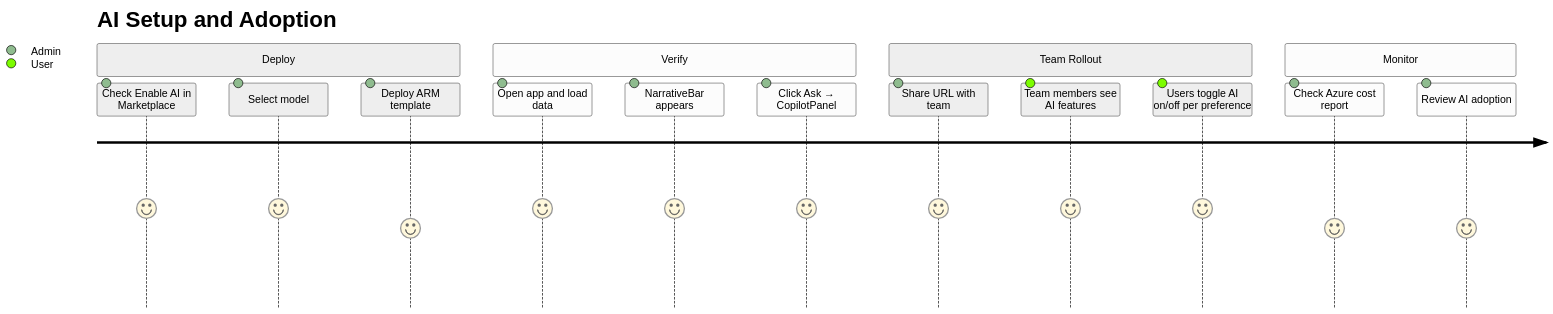
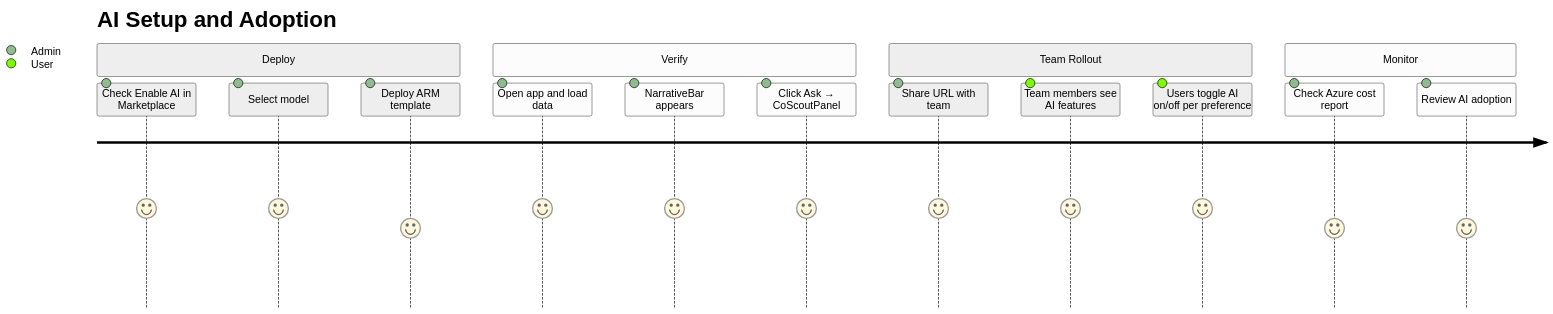
The second of 2 diagrams in docs/02-journeys/flows/azure-ai-setup.md (jukka-matti/variscout), drawn with Mermaid (neutral theme) before and after one commit. The commit also changed other lines of this file and 46 other files, not shown here.

First line of the commit message:
refactor: rename Copilot → CoScout throughout codebase

````diff
--- a/docs/02-journeys/flows/azure-ai-setup.md
+++ b/docs/02-journeys/flows/azure-ai-setup.md
@@ -63,19 +63,19 @@
 ```mermaid
 journey
     title AI Setup and Adoption
     section Deploy
       Check Enable AI in Marketplace: 5: Admin
       Select model: 5: Admin
       Deploy ARM template: 4: Admin
     section Verify
       Open app and load data: 5: Admin
       NarrativeBar appears: 5: Admin
-      Click Ask → CopilotPanel: 5: Admin
+      Click Ask → CoScoutPanel: 5: Admin
     section Team Rollout
       Share URL with team: 5: Admin
       Team members see AI features: 5: User
       Users toggle AI on/off per preference: 5: User
     section Monitor
       Check Azure cost report: 4: Admin
       Review AI adoption: 4: Admin
 ```
````
